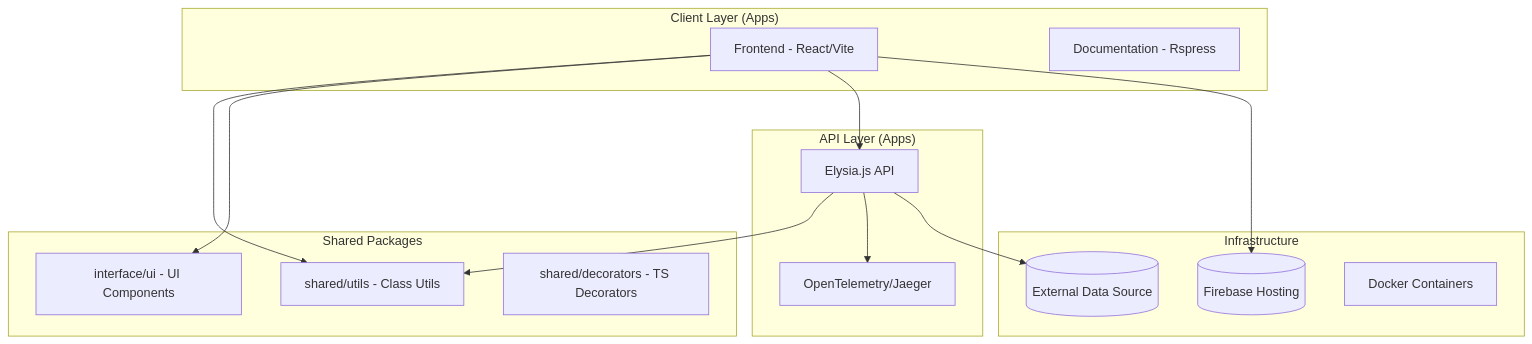
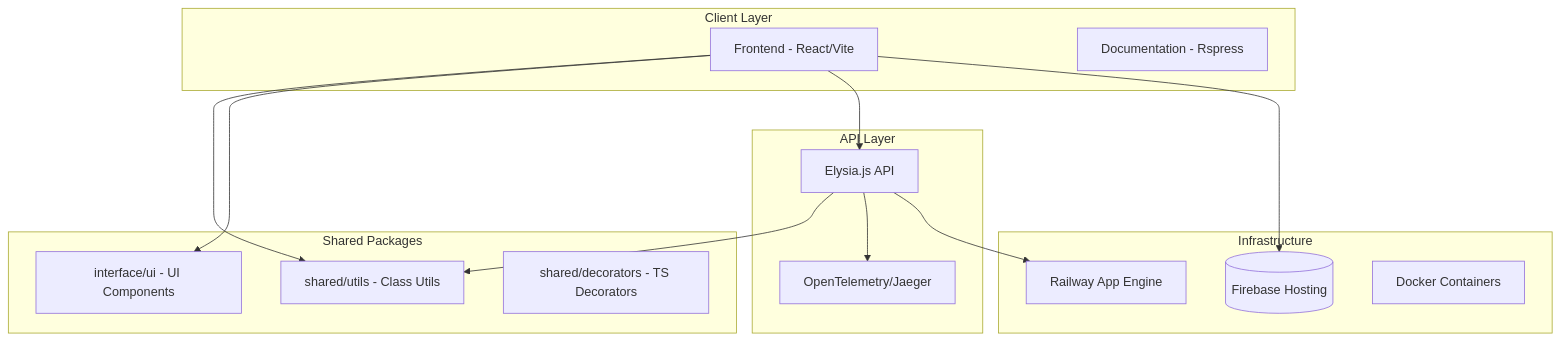
One commit to GDSC-FSC/gdg-fsc-website changed the first of 2 diagrams in README.md. Above: the diagram before and after it, drawn with Mermaid. The commit also changed other lines of this file, not shown here.

````diff
--- a/README.md
+++ b/README.md
@@ -90,32 +73,32 @@
 ```mermaid
 graph TD
-    subgraph "Client Layer (Apps)"
+    subgraph "Client Layer"
         FE[Frontend - React/Vite]
         Docs[Documentation - Rspress]
     end
 
-    subgraph "API Layer (Apps)"
-        API[Elysia.js API]
+    subgraph "API Layer"
+        Elysia[Elysia.js API]
         OTEL[OpenTelemetry/Jaeger]
     end
 
     subgraph "Shared Packages"
         UI[interface/ui - UI Components]
-        Shared[shared/utils - Class Utils]
+        Utils[shared/utils - Class Utils]
         Decorators[shared/decorators - TS Decorators]
     end
 
     subgraph "Infrastructure"
         FB[(Firebase Hosting)]
-        DB[(External Data Source)]
+        Railway[Railway App Engine]
         Docker[Docker Containers]
     end
 
-    FE --> Shared
+    FE --> Utils
     FE --> UI
-    API --> Shared
-    API --> OTEL
-    FE --> API
-    API --> DB
+    Elysia --> Utils
+    Elysia --> OTEL
+    FE --> Elysia
     FE --> FB
+    Elysia --> Railway
 ```
````
